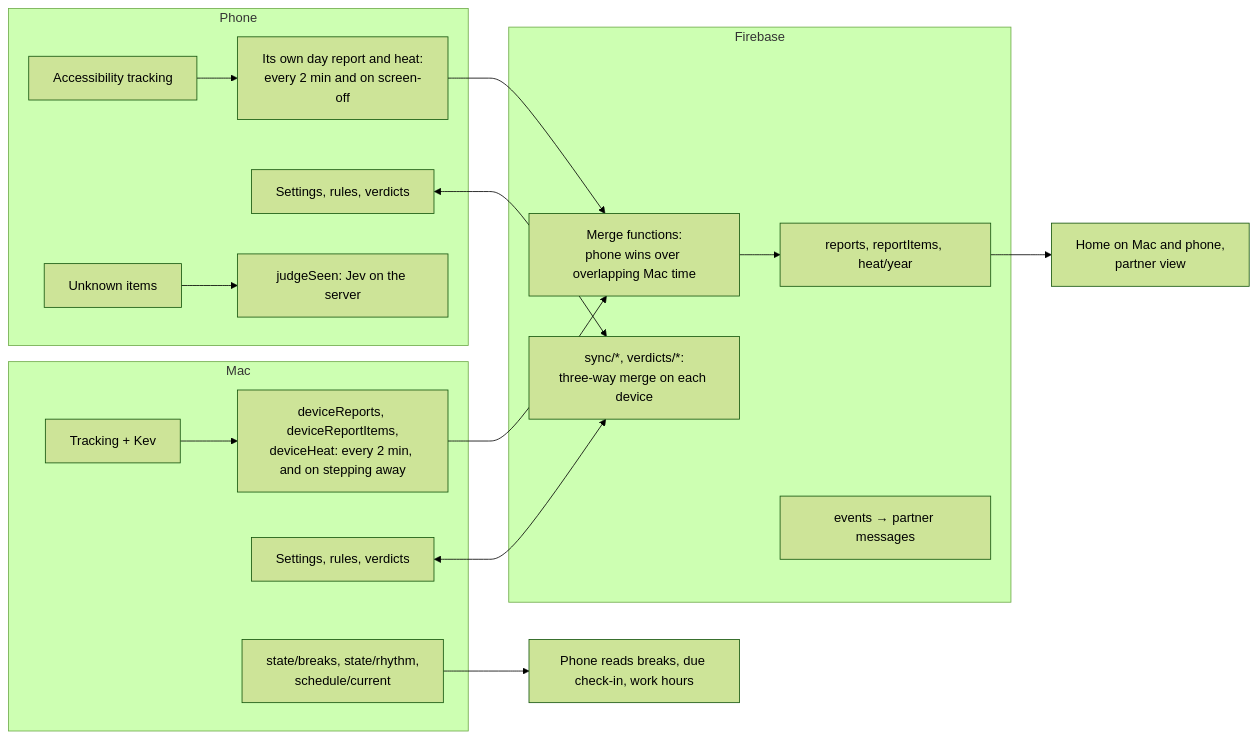
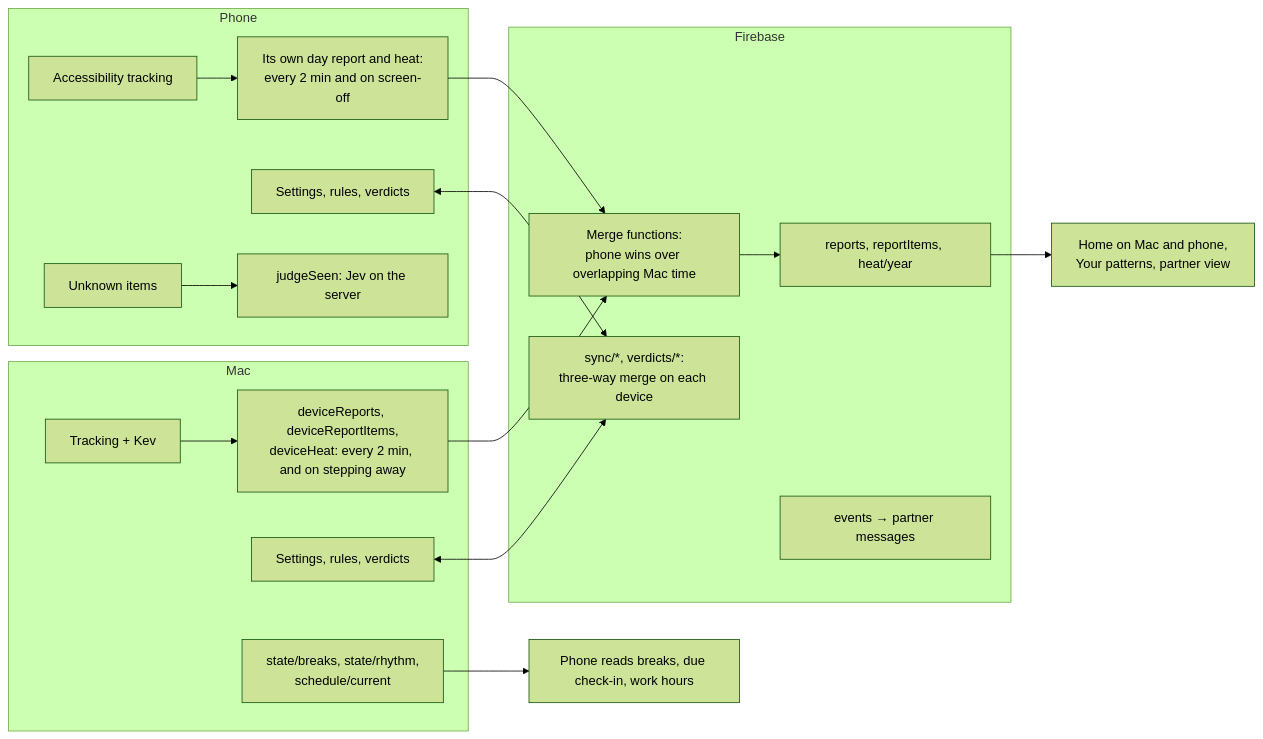
The seventh of 7 diagrams in docs/FLOWS.md (hodapp512/ontask), drawn with Mermaid (forest theme) before and after one commit. The commit also changed 10 other files, not shown here.

Commit message:
Your patterns: focused, wasted or screen time by time of day over a chosen range, on Mac and phone Home

````diff
--- a/docs/FLOWS.md
+++ b/docs/FLOWS.md
@@ -222,24 +222,24 @@
 ```mermaid
 flowchart LR
     subgraph Mac
         MT[Tracking + Kev] --> MR[deviceReports, deviceReportItems,<br/>deviceHeat: every 2 min, and on stepping away]
         MS[Settings, rules, verdicts]
         MST[state/breaks, state/rhythm,<br/>schedule/current]
     end
     subgraph Phone
         PT[Accessibility tracking] --> PR[Its own day report and heat:<br/>every 2 min and on screen-off]
         PS[Settings, rules, verdicts]
         PJ[Unknown items] --> JS[judgeSeen: Jev on the server]
     end
     subgraph Firebase
         MERGE[Merge functions:<br/>phone wins over overlapping Mac time] --> RD[reports, reportItems, heat/year]
         SYNC[sync/*, verdicts/*:<br/>three-way merge on each device]
         EVT[events → partner messages]
     end
     MR --> MERGE
     PR --> MERGE
     MS <--> SYNC
     PS <--> SYNC
     MST --> PH[Phone reads breaks, due check-in, work hours]
-    RD --> VIEW[Home on Mac and phone,<br/>partner view]
+    RD --> VIEW[Home on Mac and phone,<br/>Your patterns, partner view]
 ```
````
